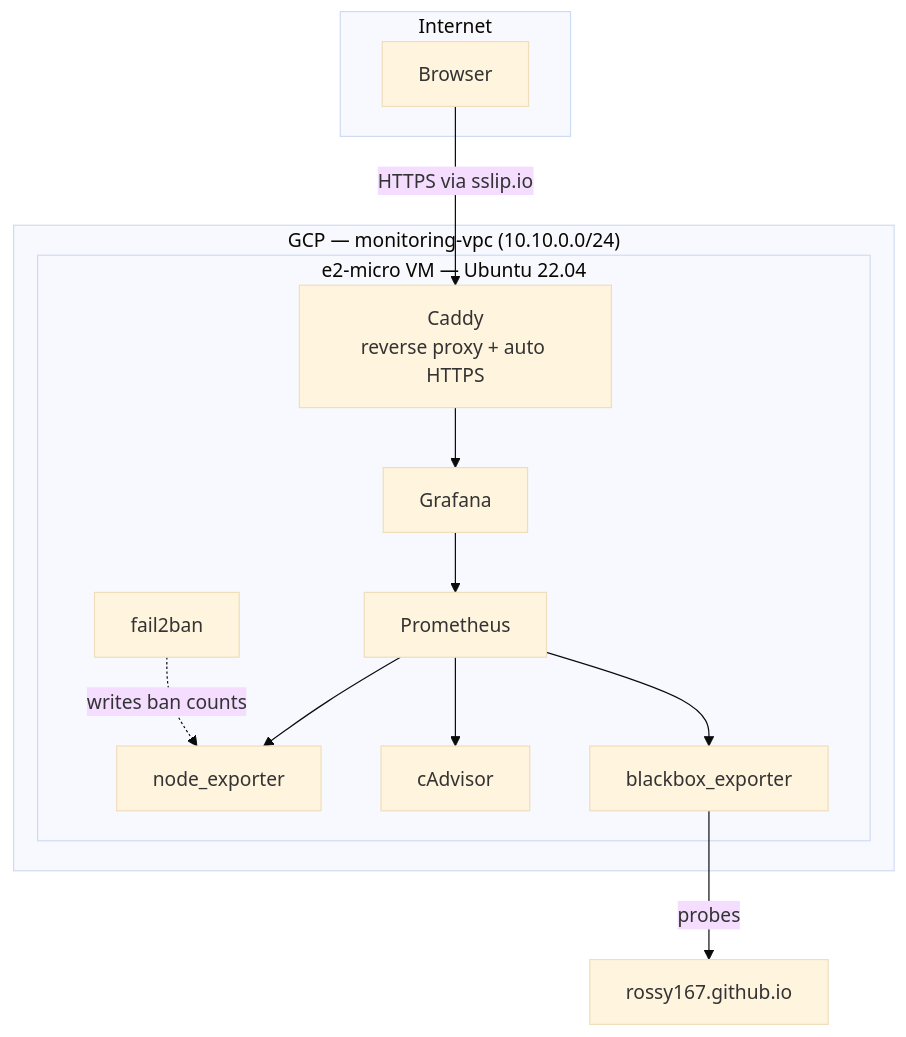
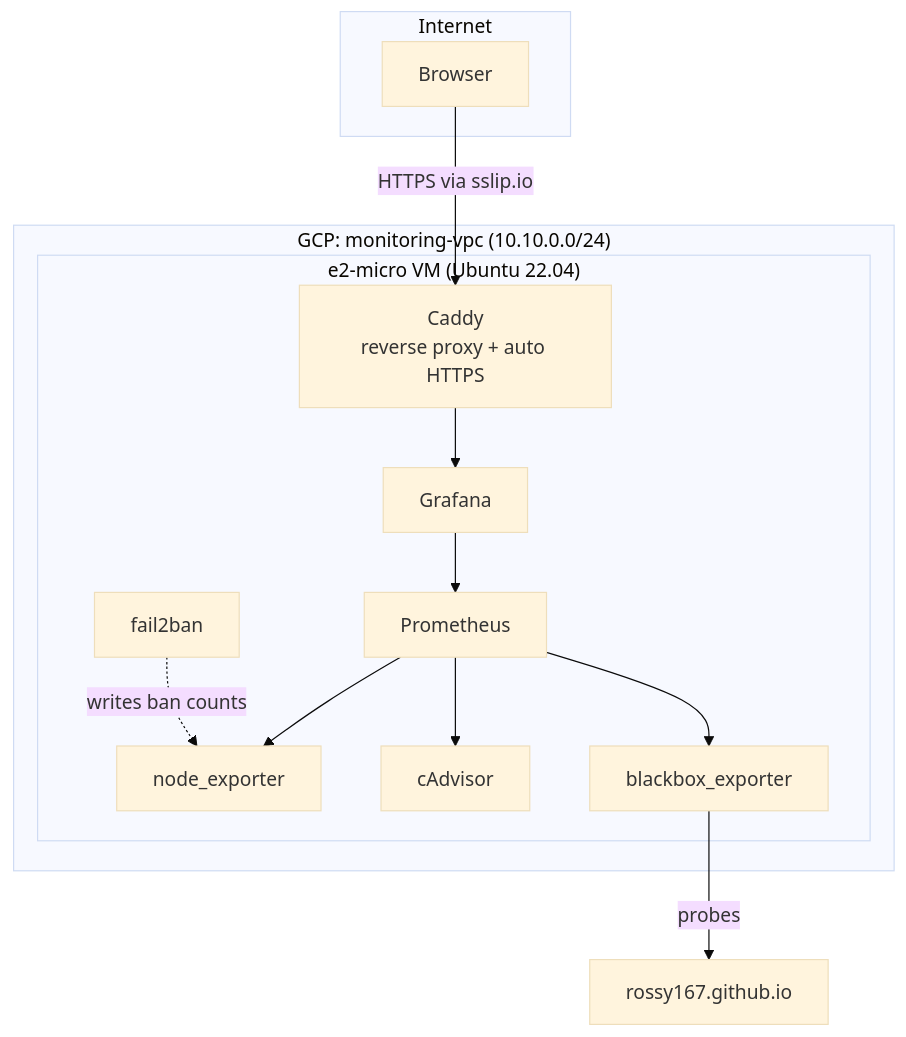
Before and after one commit to Rossy167/cloud-monitoring-stack: the diagram in README.md, drawn with Mermaid (base theme). The commit also changed other lines of this file and 3 other files, not shown here.

````diff
--- a/README.md
+++ b/README.md
@@ -24,26 +24,26 @@
 ```mermaid
 flowchart TB
     subgraph Internet
         U[Browser]
     end
 
-    subgraph GCP["GCP — monitoring-vpc (10.10.0.0/24)"]
-        subgraph VM["e2-micro VM — Ubuntu 22.04"]
+    subgraph GCP["GCP: monitoring-vpc (10.10.0.0/24)"]
+        subgraph VM["e2-micro VM (Ubuntu 22.04)"]
             Caddy[Caddy<br/>reverse proxy + auto HTTPS]
             Grafana[Grafana]
             Prometheus[Prometheus]
             NodeExp[node_exporter]
             CAdvisor[cAdvisor]
             Blackbox[blackbox_exporter]
             Fail2ban[fail2ban]
         end
     end
 
     ExtSite[rossy167.github.io]
 
     U -->|HTTPS via sslip.io| Caddy --> Grafana --> Prometheus
     Prometheus --> NodeExp
     Prometheus --> CAdvisor
     Prometheus --> Blackbox -->|probes| ExtSite
     Fail2ban -.->|writes ban counts| NodeExp
 ```
````
